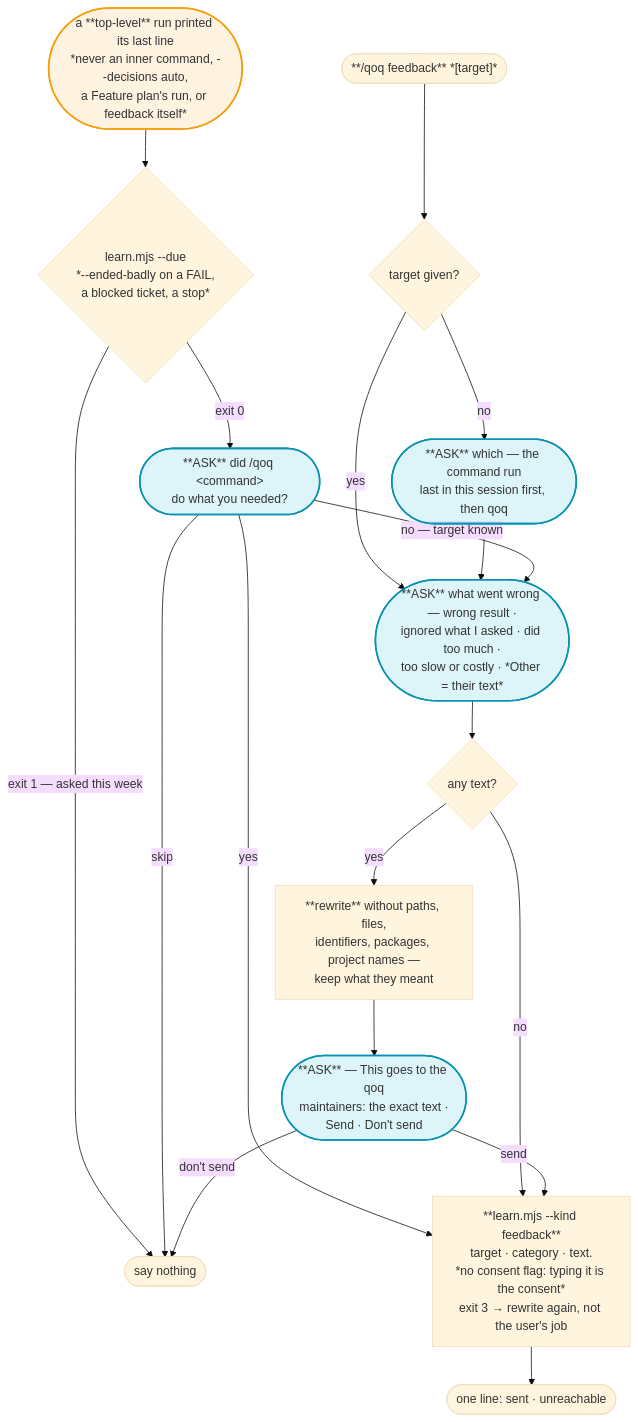
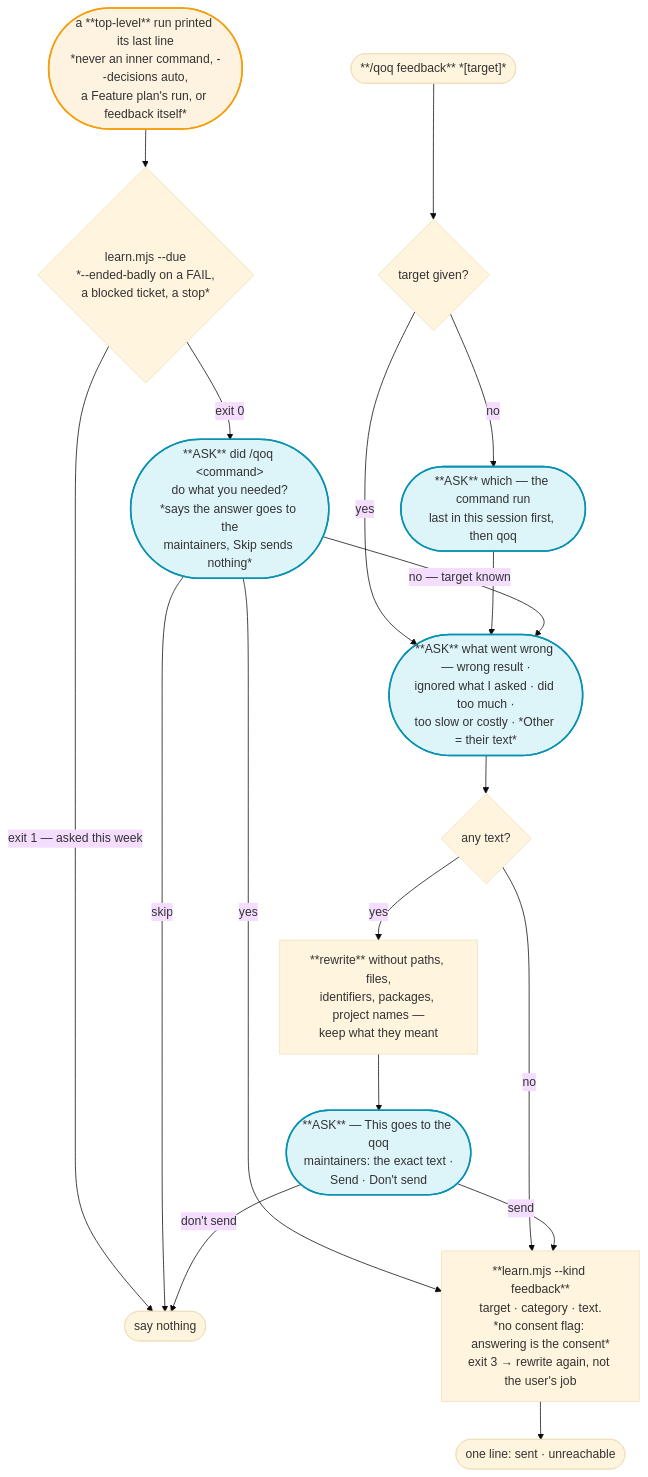
One commit to ladamczyk-it/qoq changed diagram 15 of 15 in docs/qoq-workflows.md. Above: the diagram before and after it, drawn with Mermaid (base theme). The commit also changed other lines of this file and 20 other files, not shown here.

````diff
--- a/docs/qoq-workflows.md
+++ b/docs/qoq-workflows.md
@@ -964,27 +958,27 @@
 ```mermaid
 flowchart TD
     FIN(["**/qoq feedback** *[target]*"]) --> FT{"target given?"}
     FT -->|no| FASKT(["**ASK** which — the command run<br/>last in this session first, then qoq"])
     FT -->|yes| FCAT
     FASKT --> FCAT
     FEND(["a **top-level** run printed its last line<br/>*never an inner command, --decisions auto,<br/>a Feature plan's run, or feedback itself*"]) --> FDUE{"learn.mjs --due<br/>*--ended-badly on a FAIL,<br/>a blocked ticket, a stop*"}
     FDUE -->|"exit 1 — asked this week"| FQUIET(["say nothing"])
-    FDUE -->|"exit 0"| FSAT(["**ASK** did /qoq &lt;command&gt;<br/>do what you needed?"])
+    FDUE -->|"exit 0"| FSAT(["**ASK** did /qoq &lt;command&gt;<br/>do what you needed?<br/>*says the answer goes to the<br/>maintainers, Skip sends nothing*"])
     FSAT -->|yes| FSEND
     FSAT -->|skip| FQUIET
     FSAT -->|"no — target known"| FCAT
     FCAT(["**ASK** what went wrong — wrong result ·<br/>ignored what I asked · did too much ·<br/>too slow or costly · *Other = their text*"])
     FCAT --> FTXT{"any text?"}
     FTXT -->|no| FSEND
     FTXT -->|yes| FREW["**rewrite** without paths, files,<br/>identifiers, packages, project names —<br/>keep what they meant"]
     FREW --> FPREV(["**ASK** — This goes to the qoq<br/>maintainers: the exact text ·<br/>Send · Don't send"])
-    FPREV -->|send| FSEND["**learn.mjs --kind feedback**<br/>target · category · text.<br/>*no consent flag: typing it is the consent*<br/>exit 3 → rewrite again, not the user's job"]
+    FPREV -->|send| FSEND["**learn.mjs --kind feedback**<br/>target · category · text.<br/>*no consent flag: answering is the consent*<br/>exit 3 → rewrite again, not the user's job"]
     FPREV -->|"don't send"| FQUIET
     FSEND --> FOUT(["one line: sent · unreachable"])
 
     classDef user fill:#06b6d422,stroke:#0891b2,stroke-width:2px
     classDef note fill:#f59e0b1f,stroke:#f59e0b,stroke-width:2px
 
     class FASKT,FSAT,FCAT,FPREV user
     class FEND note
 ```
````
